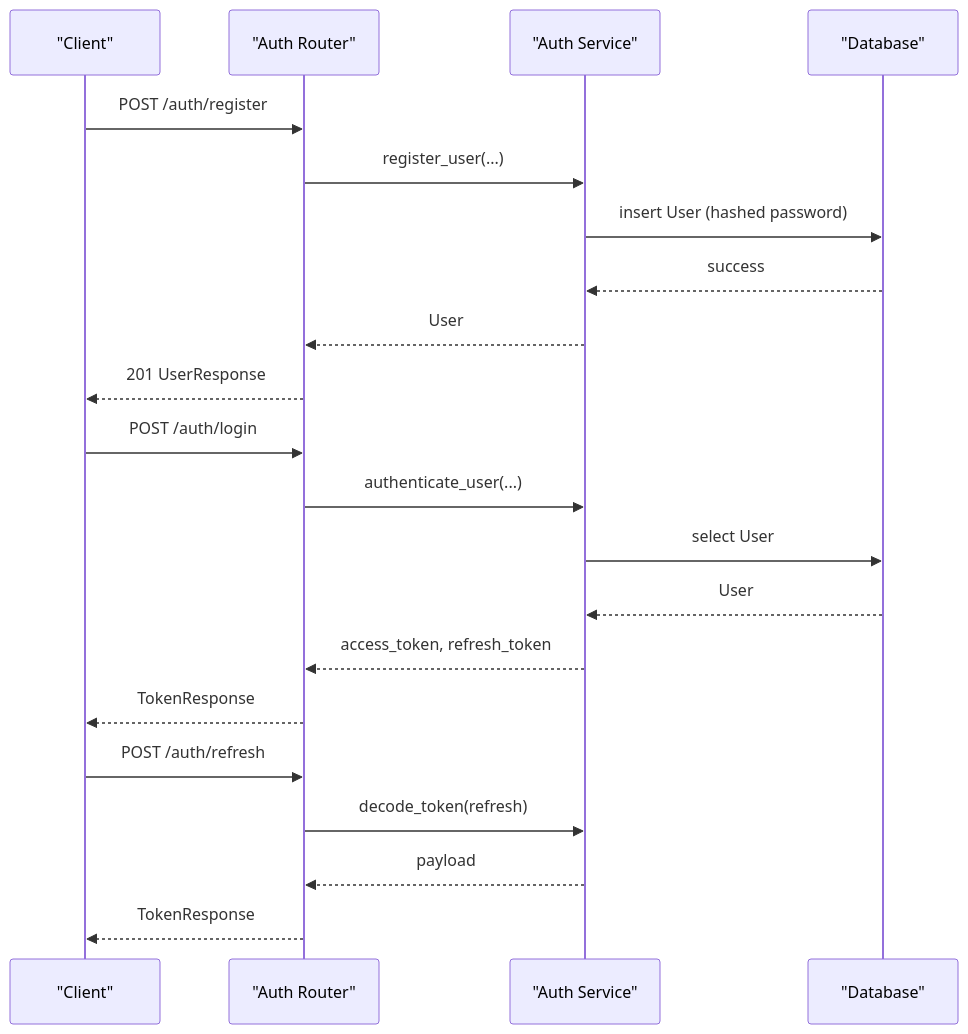
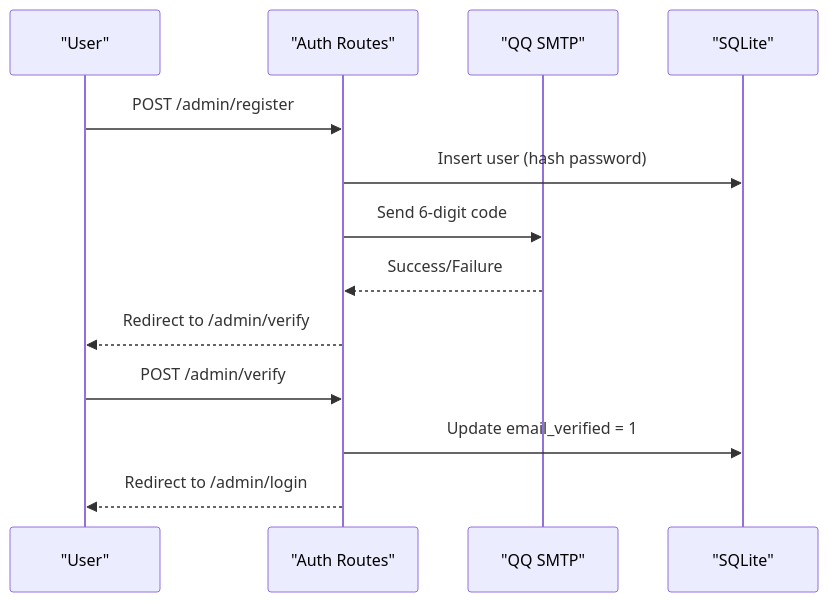
One commit to PolarisW007/PolaZhenJing changed the fifth of 7 diagrams in .qoder/repowiki/en/content/Backend Application/Backend Application.md. Above: the diagram before and after it, drawn with Mermaid. The commit also changed other lines of this file and 153 other files, not shown here.

````diff
--- a/.qoder/repowiki/en/content/Backend Application/Backend Application.md
+++ b/.qoder/repowiki/en/content/Backend Application/Backend Application.md
@@ -304,23 +204,15 @@
 ```mermaid
 sequenceDiagram
-participant Client as "Client"
-participant AuthR as "Auth Router"
-participant AuthS as "Auth Service"
-participant DB as "Database"
-Client->>AuthR : POST /auth/register
-AuthR->>AuthS : register_user(...)
-AuthS->>DB : insert User (hashed password)
-DB-->>AuthS : success
-AuthS-->>AuthR : User
-AuthR-->>Client : 201 UserResponse
-Client->>AuthR : POST /auth/login
-AuthR->>AuthS : authenticate_user(...)
-AuthS->>DB : select User
-DB-->>AuthS : User
-AuthS-->>AuthR : access_token, refresh_token
-AuthR-->>Client : TokenResponse
-Client->>AuthR : POST /auth/refresh
-AuthR->>AuthS : decode_token(refresh)
-AuthS-->>AuthR : payload
-AuthR-->>Client : TokenResponse
+participant User as "User"
+participant Auth as "Auth Routes"
+participant Mail as "QQ SMTP"
+participant DB as "SQLite"
+User->>Auth : POST /admin/register
+Auth->>DB : Insert user (hash password)
+Auth->>Mail : Send 6-digit code
+Mail-->>Auth : Success/Failure
+Auth-->>User : Redirect to /admin/verify
+User->>Auth : POST /admin/verify
+Auth->>DB : Update email_verified = 1
+Auth-->>User : Redirect to /admin/login
 ```
````
